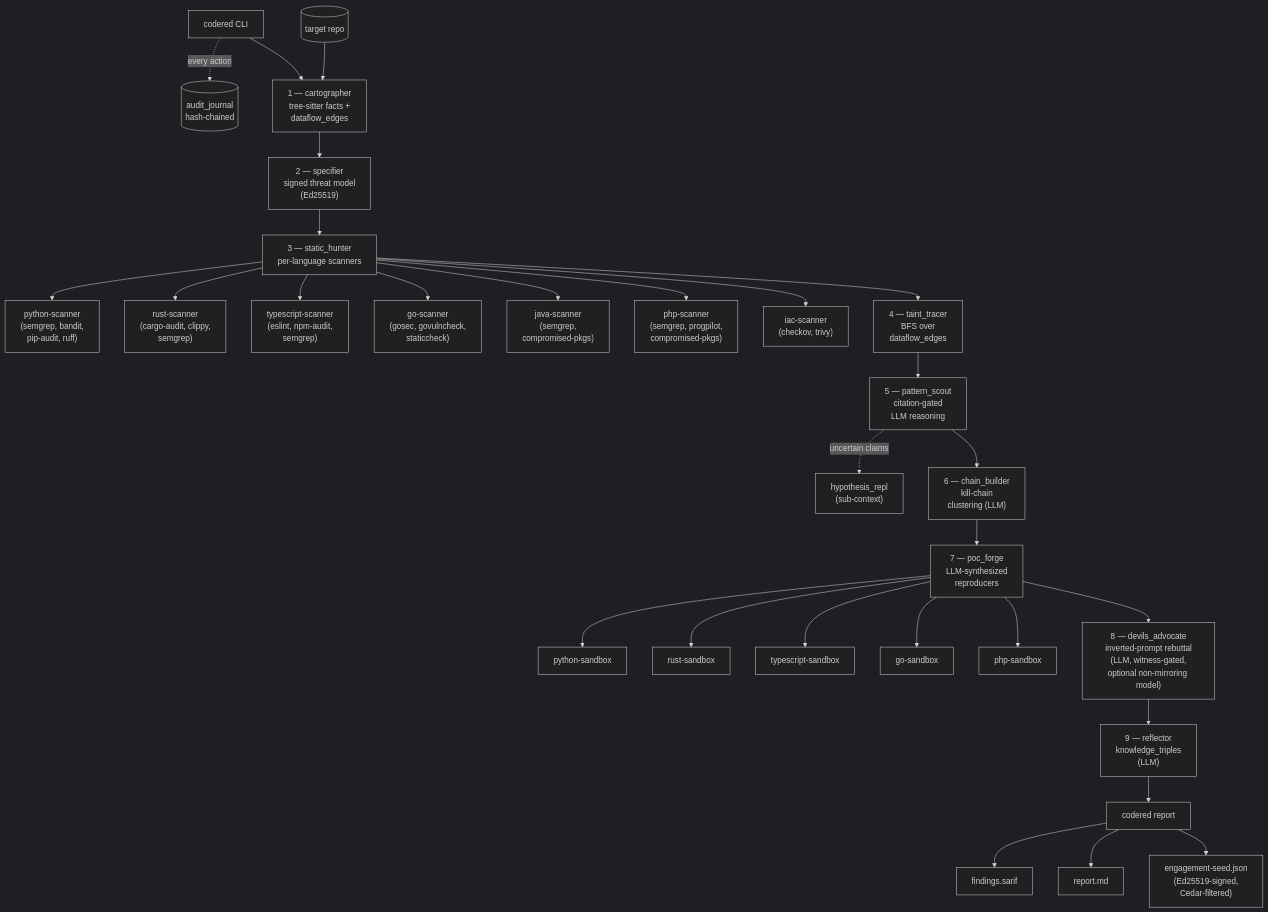
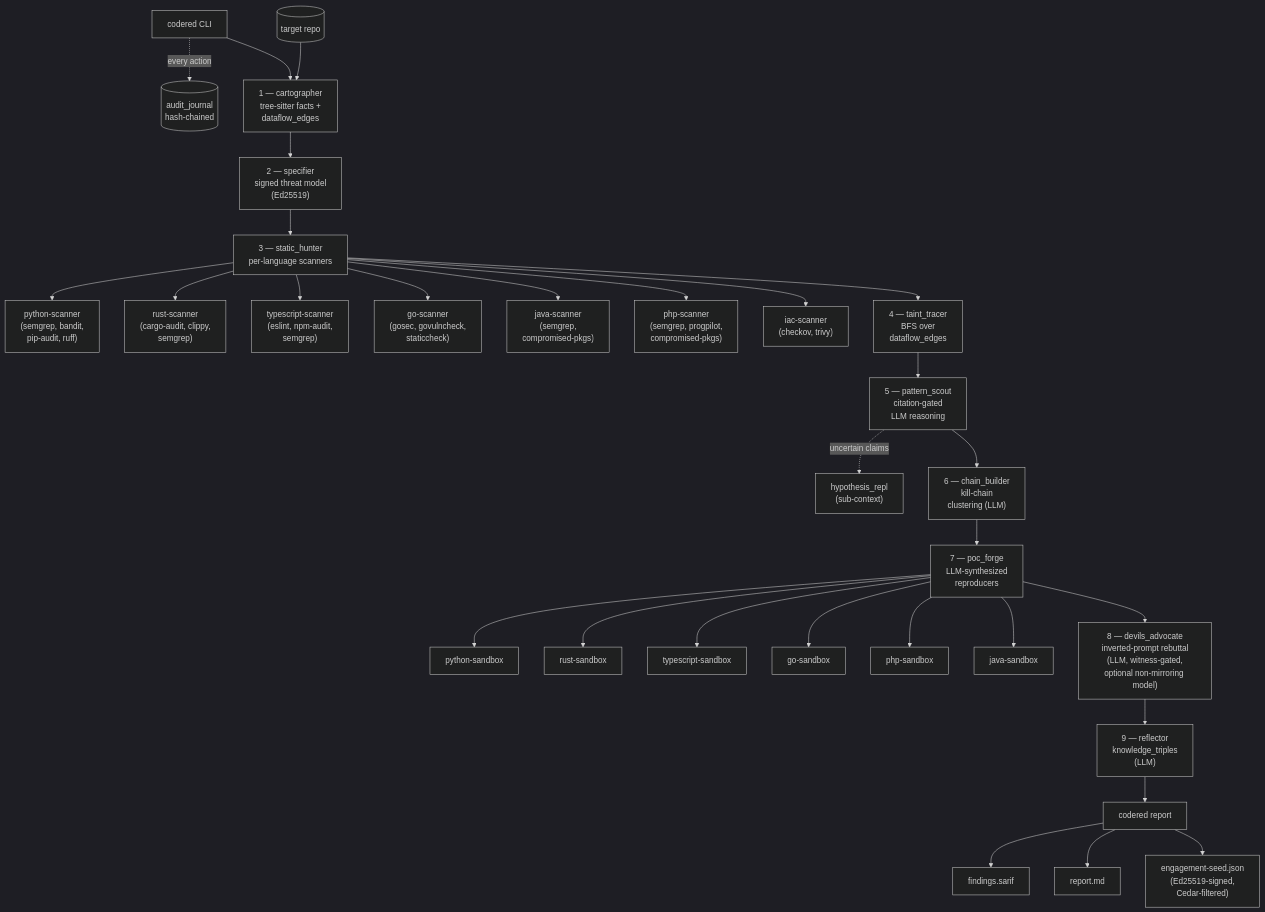
One commit to ThirdKeyAI/symbi-codered changed the diagram in docs/architecture.md. Above: the diagram before and after it, drawn with Mermaid (dark theme). The commit also changed 18 other files, not shown here.

Commit message:
OSS hardening: tracked-files-only sync, Java sandbox reproducer, docs accuracy, community files (CONTRIBUTING/CHANGELOG/templates)

````diff
--- a/docs/architecture.md
+++ b/docs/architecture.md
@@ -5,41 +5,42 @@
 ```mermaid
 flowchart TD
     repo[("target repo")]
     cli["codered CLI"]
     journal[("audit_journal<br/>hash-chained")]
 
     cli --> carto["1 — cartographer<br/>tree-sitter facts +<br/>dataflow_edges"]
     carto --> spec["2 — specifier<br/>signed threat model<br/>(Ed25519)"]
     spec --> stat["3 — static_hunter<br/>per-language scanners"]
 
     stat --> py["python-scanner<br/>(semgrep, bandit,<br/>pip-audit, ruff)"]
     stat --> rs["rust-scanner<br/>(cargo-audit, clippy,<br/>semgrep)"]
     stat --> ts["typescript-scanner<br/>(eslint, npm-audit,<br/>semgrep)"]
     stat --> go["go-scanner<br/>(gosec, govulncheck,<br/>staticcheck)"]
     stat --> jv["java-scanner<br/>(semgrep,<br/>compromised-pkgs)"]
     stat --> php["php-scanner<br/>(semgrep, progpilot,<br/>compromised-pkgs)"]
     stat --> iac["iac-scanner<br/>(checkov, trivy)"]
 
     stat --> taint["4 — taint_tracer<br/>BFS over<br/>dataflow_edges"]
     taint --> scout["5 — pattern_scout<br/>citation-gated<br/>LLM reasoning"]
     scout -. uncertain claims .-> hrepl["hypothesis_repl<br/>(sub-context)"]
     scout --> chain["6 — chain_builder<br/>kill-chain<br/>clustering (LLM)"]
     chain --> poc["7 — poc_forge<br/>LLM-synthesized<br/>reproducers"]
 
     poc --> sb_py["python-sandbox"]
     poc --> sb_rs["rust-sandbox"]
     poc --> sb_ts["typescript-sandbox"]
     poc --> sb_go["go-sandbox"]
     poc --> sb_php["php-sandbox"]
+    poc --> sb_java["java-sandbox"]
 
     poc --> adv["8 — devils_advocate<br/>inverted-prompt rebuttal<br/>(LLM, witness-gated,<br/>optional non-mirroring model)"]
     adv --> refl["9 — reflector<br/>knowledge_triples<br/>(LLM)"]
 
     refl --> report["codered report"]
     report --> sarif["findings.sarif"]
     report --> md["report.md"]
     report --> seed["engagement-seed.json<br/>(Ed25519-signed,<br/>Cedar-filtered)"]
 
     cli -. every action .-> journal
     repo --> carto
 ```
````
